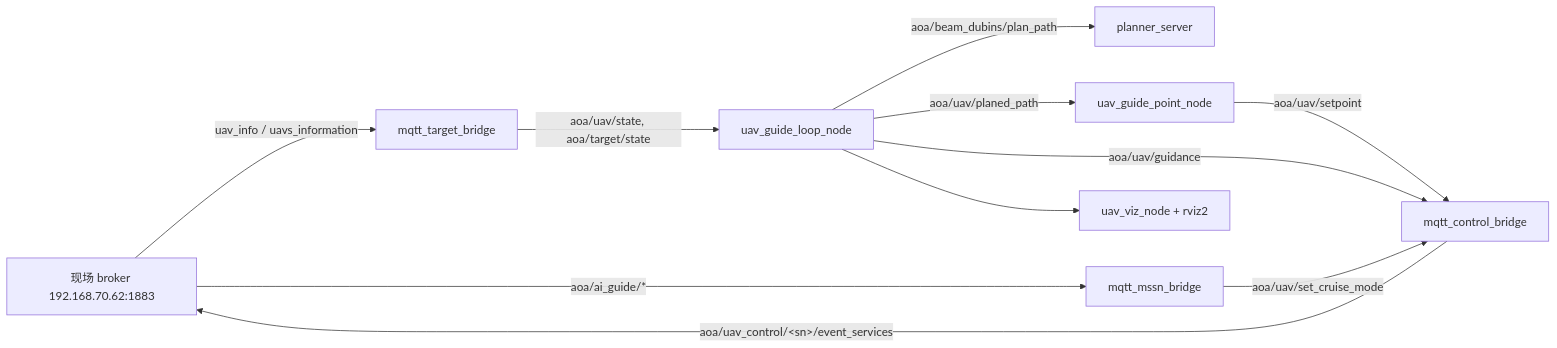
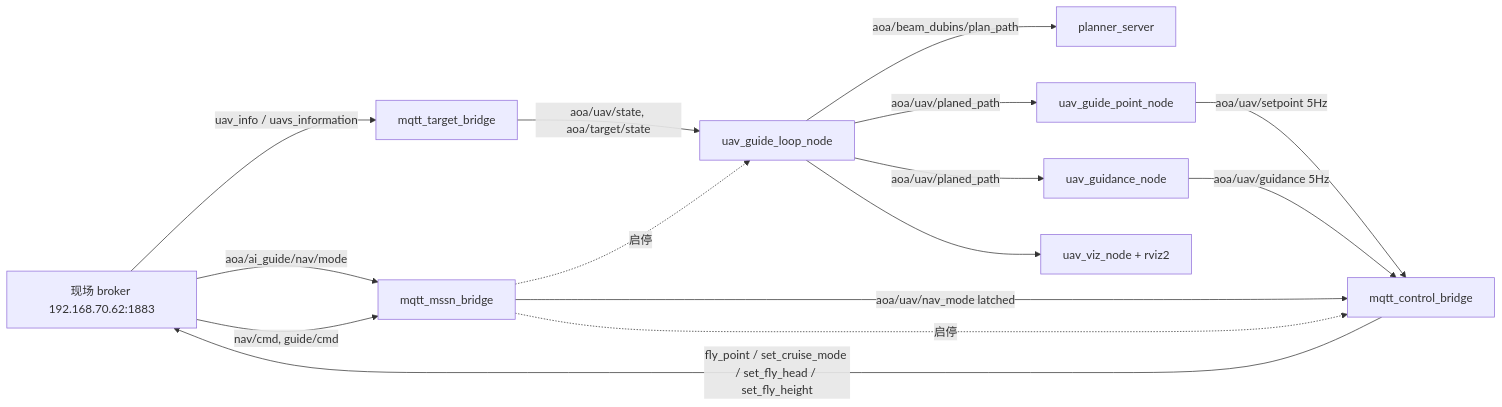
Before and after one commit to ZhangxiaokangRichard/beam_UAV_path_plan: the diagram in README.md, drawn with Mermaid. The commit also changed other lines of this file and 19 other files, not shown here.

````diff
--- a/README.md
+++ b/README.md
@@ -20,13 +20,17 @@
 ```mermaid
 flowchart LR
     MQTT["现场 broker 192.168.70.62:1883"] -->|uav_info / uavs_information| TB[mqtt_target_bridge]
     TB -->|aoa/uav/state, aoa/target/state| LOOP[uav_guide_loop_node]
     LOOP -->|aoa/beam_dubins/plan_path| PL[planner_server]
     LOOP -->|aoa/uav/planed_path| PT[uav_guide_point_node]
-    PT -->|aoa/uav/setpoint| CB[mqtt_control_bridge]
-    LOOP -->|aoa/uav/guidance| CB
-    MB[mqtt_mssn_bridge] -->|aoa/uav/set_cruise_mode| CB
-    MQTT -->|aoa/ai_guide/*| MB
-    CB -->|aoa/uav_control/&lt;sn&gt;/event_services| MQTT
+    LOOP -->|aoa/uav/planed_path| GD[uav_guidance_node]
+    PT -->|aoa/uav/setpoint 5Hz| CB[mqtt_control_bridge]
+    GD -->|aoa/uav/guidance 5Hz| CB
+    MQTT -->|aoa/ai_guide/nav/mode| MB[mqtt_mssn_bridge]
+    MB -->|aoa/uav/nav_mode latched| CB
+    MQTT -->|nav/cmd, guide/cmd| MB
+    MB -.->|启停| LOOP
+    MB -.->|启停| CB
+    CB -->|"fly_point / set_cruise_mode / set_fly_head / set_fly_height"| MQTT
     LOOP --> VIZ[uav_viz_node + rviz2]
 ```
````
